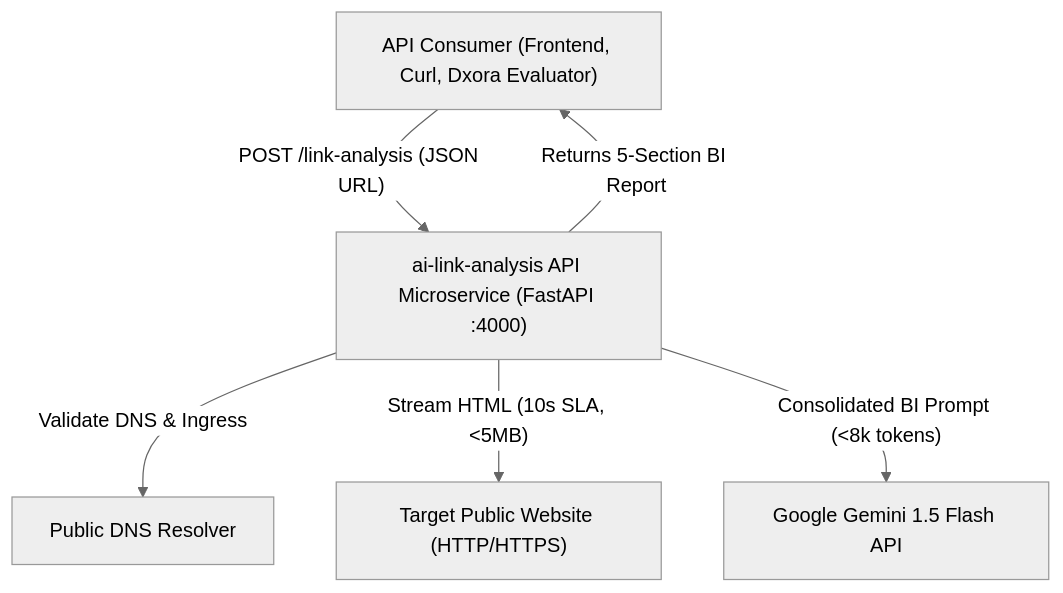
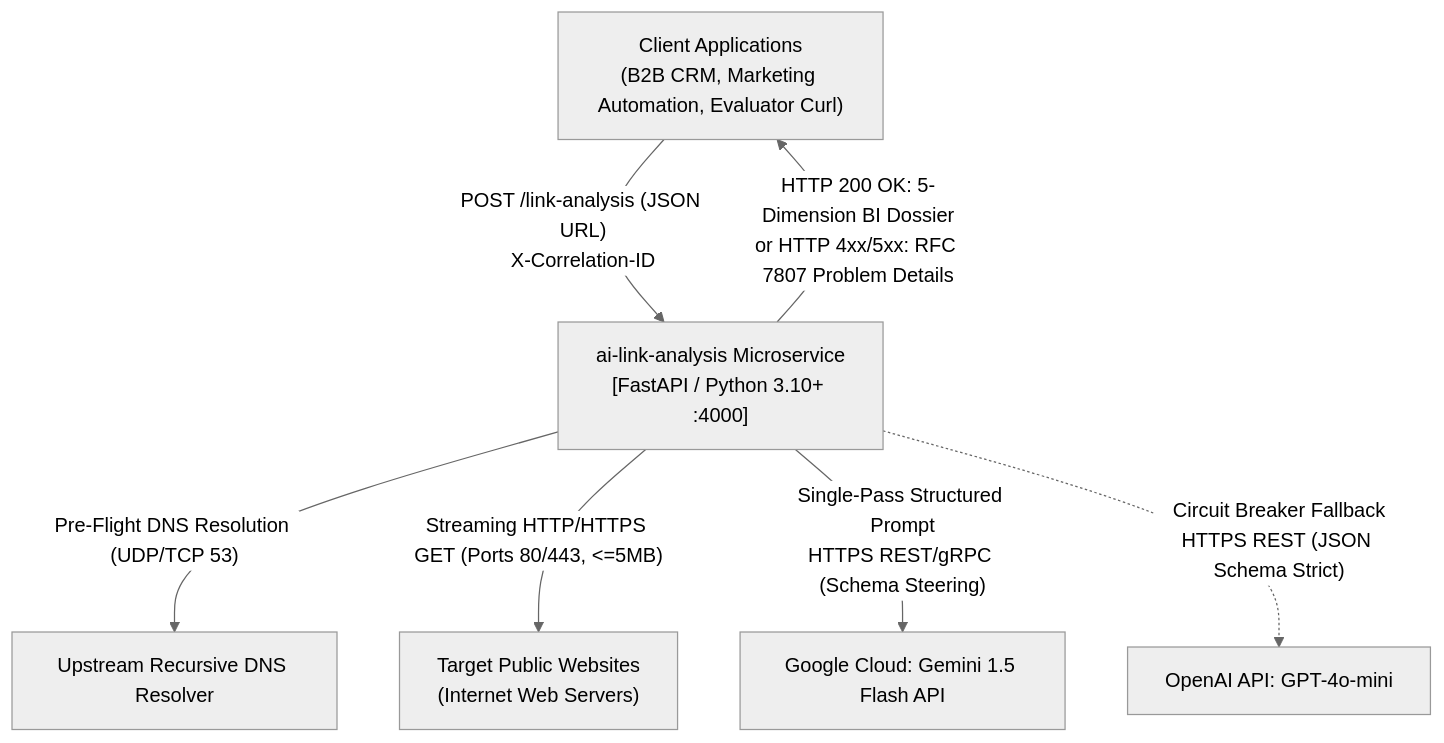
Before and after one commit to piyushmakhija28/ai-link-analysis: the first of 3 diagrams in docs/02-hld.md, drawn with Mermaid (neutral theme). The commit also changed other lines of this file and 12 other files, not shown here.

````diff
--- a/docs/02-hld.md
+++ b/docs/02-hld.md
@@ -27,8 +31,11 @@
 ```mermaid
 graph TD
-    User["API Consumer (Frontend, Curl, Dxora Evaluator)"] -->|"POST /link-analysis (JSON URL)"| System["ai-link-analysis API Microservice (FastAPI :4000)"]
-    System -->|"Validate DNS & Ingress"| DNS["Public DNS Resolver"]
-    System -->|"Stream HTML (10s SLA, <5MB)"| TargetWeb["Target Public Website (HTTP/HTTPS)"]
-    System -->|"Consolidated BI Prompt (<8k tokens)"| GeminiAPI["Google Gemini 1.5 Flash API"]
-    System -->|"Returns 5-Section BI Report"| User
+    Client["Client Applications<br/>(B2B CRM, Marketing Automation, Evaluator Curl)"] -->|"POST /link-analysis (JSON URL)<br/>X-Correlation-ID"| System["ai-link-analysis Microservice<br/>[FastAPI / Python 3.10+ :4000]"]
+    
+    System -->|"Pre-Flight DNS Resolution (UDP/TCP 53)"| DNS["Upstream Recursive DNS Resolver"]
+    System -->|"Streaming HTTP/HTTPS GET (Ports 80/443, <=5MB)"| TargetWeb["Target Public Websites<br/>(Internet Web Servers)"]
+    System -->|"Single-Pass Structured Prompt<br/>HTTPS REST/gRPC (Schema Steering)"| GeminiCloud["Google Cloud: Gemini 1.5 Flash API"]
+    System -.->|"Circuit Breaker Fallback<br/>HTTPS REST (JSON Schema Strict)"| OpenAICloud["OpenAI API: GPT-4o-mini"]
+    
+    System -->|"HTTP 200 OK: 5-Dimension BI Dossier<br/>or HTTP 4xx/5xx: RFC 7807 Problem Details"| Client
 ```
````
